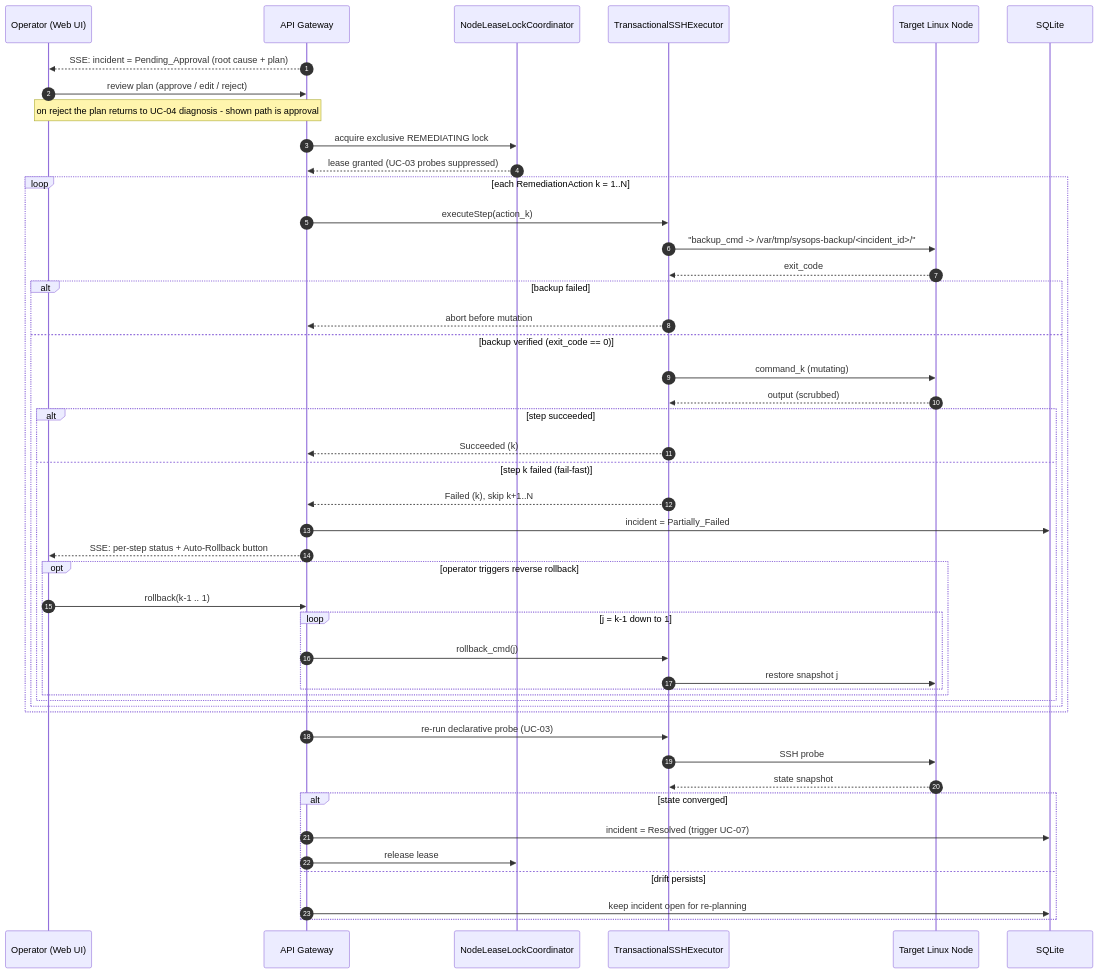
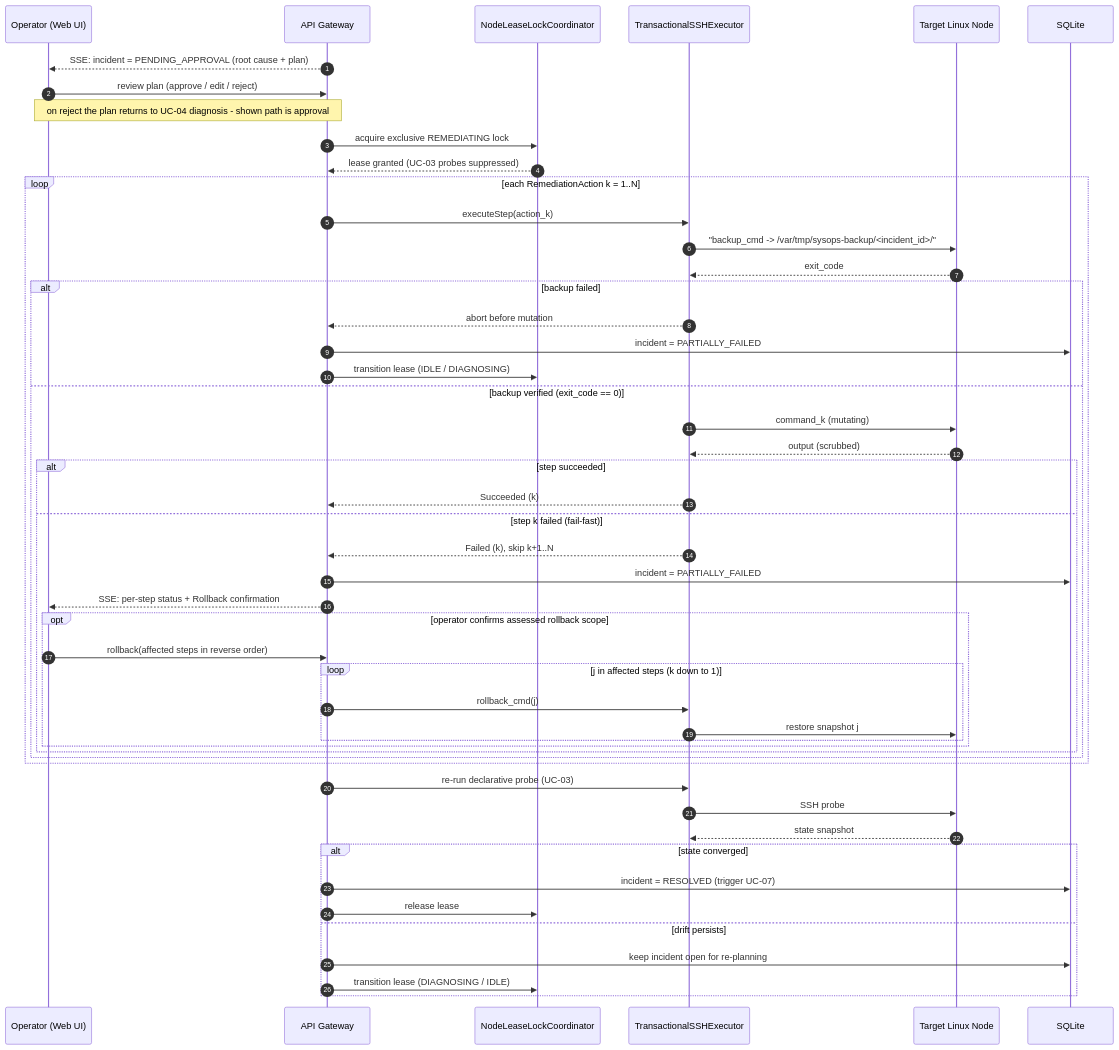
Before and after one commit to crane-fog/SAD-Proj: diagram 11 of 15 in hw2/design.md, drawn with Mermaid. The commit also changed other lines of this file and 1 other file, not shown here.

````diff
--- a/hw2/design.md
+++ b/hw2/design.md
@@ -850,50 +869,53 @@
 ```mermaid
 sequenceDiagram
     autonumber
     participant O as Operator (Web UI)
     participant API as API Gateway
     participant C as NodeLeaseLockCoordinator
     participant E as TransactionalSSHExecutor
     participant N as Target Linux Node
     participant DB as SQLite
 
-    API-->>O: SSE: incident = Pending_Approval (root cause + plan)
+    API-->>O: SSE: incident = PENDING_APPROVAL (root cause + plan)
     O->>API: review plan (approve / edit / reject)
     note over O, API: on reject the plan returns to UC-04 diagnosis - shown path is approval
     API->>C: acquire exclusive REMEDIATING lock
     C-->>API: lease granted (UC-03 probes suppressed)
     loop each RemediationAction k = 1..N
         API->>E: executeStep(action_k)
         E->>N: "backup_cmd -> /var/tmp/sysops-backup/<incident_id>/"
         N-->>E: exit_code
         alt backup failed
             E-->>API: abort before mutation
+            API->>DB: incident = PARTIALLY_FAILED
+            API->>C: transition lease (IDLE / DIAGNOSING)
         else backup verified (exit_code == 0)
             E->>N: command_k (mutating)
             N-->>E: output (scrubbed)
             alt step succeeded
                 E-->>API: Succeeded (k)
             else step k failed (fail-fast)
                 E-->>API: Failed (k), skip k+1..N
-                API->>DB: incident = Partially_Failed
-                API-->>O: SSE: per-step status + Auto-Rollback button
-                opt operator triggers reverse rollback
-                    O->>API: rollback(k-1 .. 1)
-                    loop j = k-1 down to 1
+                API->>DB: incident = PARTIALLY_FAILED
+                API-->>O: SSE: per-step status + Rollback confirmation
+                opt operator confirms assessed rollback scope
+                    O->>API: rollback(affected steps in reverse order)
+                    loop j in affected steps (k down to 1)
                         API->>E: rollback_cmd(j)
                         E->>N: restore snapshot j
                     end
                 end
             end
         end
     end
     API->>E: re-run declarative probe (UC-03)
     E->>N: SSH probe
     N-->>E: state snapshot
     alt state converged
-        API->>DB: incident = Resolved (trigger UC-07)
+        API->>DB: incident = RESOLVED (trigger UC-07)
         API->>C: release lease
     else drift persists
         API->>DB: keep incident open for re-planning
+        API->>C: transition lease (DIAGNOSING / IDLE)
     end
 ```
````
